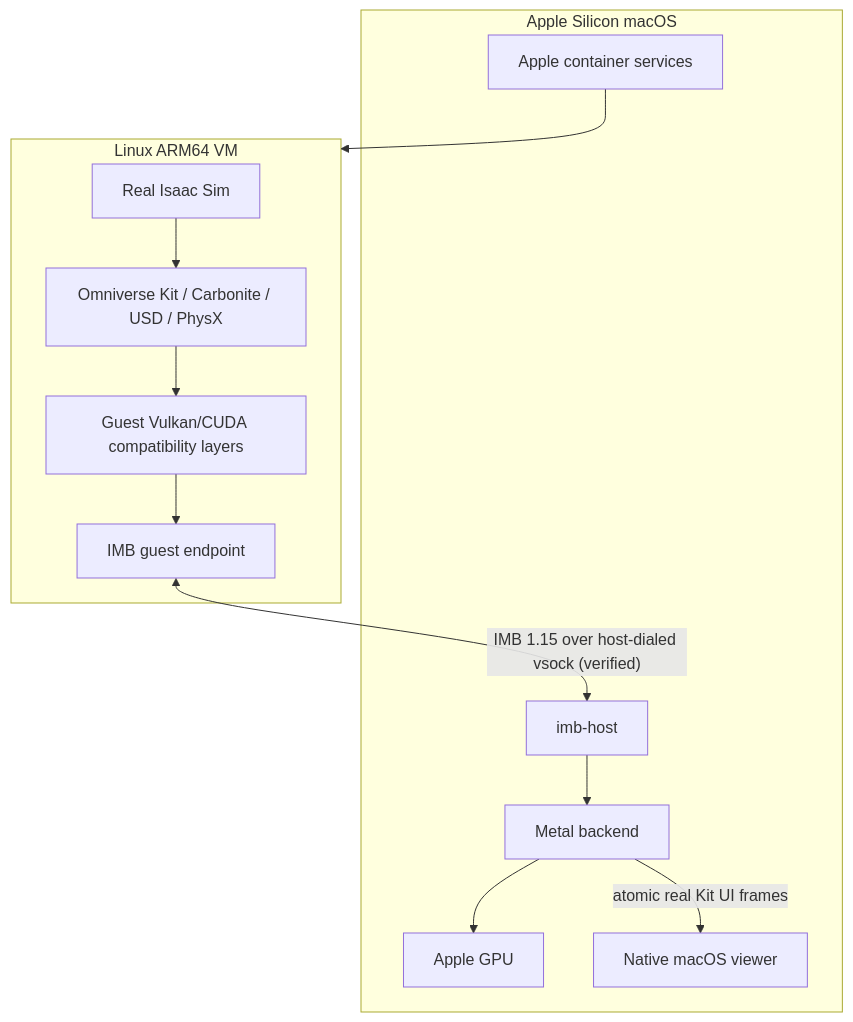
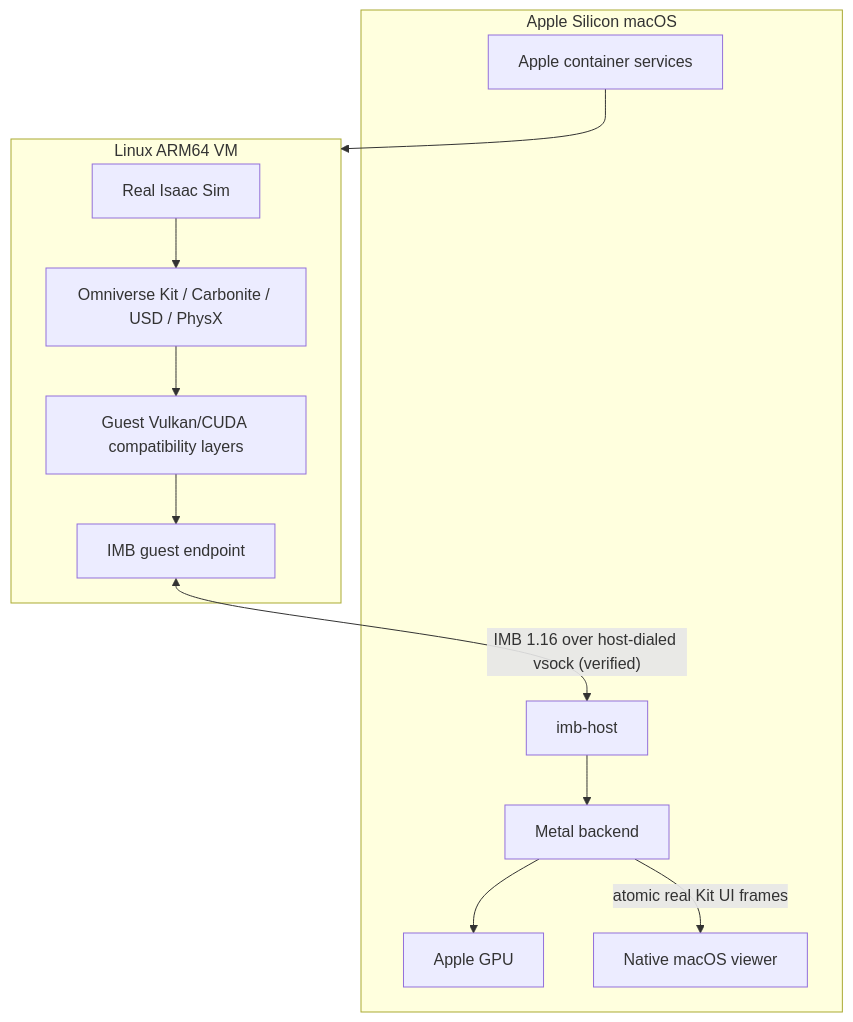
Before and after one commit to syun88/IsaacMetalBridge: the first of 8 diagrams in docs/architecture.md, drawn with Mermaid. The commit also changed other lines of this file and 21 other files, not shown here.

````diff
--- a/docs/architecture.md
+++ b/docs/architecture.md
@@ -10,21 +10,21 @@
 ```mermaid
 flowchart TB
   subgraph macOS["Apple Silicon macOS"]
     AC["Apple container services"]
     HB["imb-host"]
     MB["Metal backend"]
     GPU["Apple GPU"]
     VW["Native macOS viewer"]
   end
   subgraph VM["Linux ARM64 VM"]
     IS["Real Isaac Sim"]
     KIT["Omniverse Kit / Carbonite / USD / PhysX"]
     GC["Guest Vulkan/CUDA compatibility layers"]
     GP["IMB guest endpoint"]
   end
   IS --> KIT --> GC --> GP
   AC --> VM
-  GP <-->|"IMB 1.15 over host-dialed vsock (verified)"| HB
+  GP <-->|"IMB 1.16 over host-dialed vsock (verified)"| HB
   HB --> MB --> GPU
   MB -->|"atomic real Kit UI frames"| VW
 ```
````
